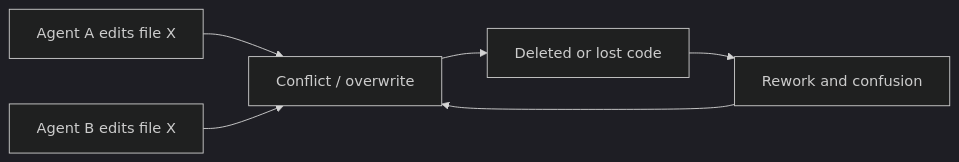
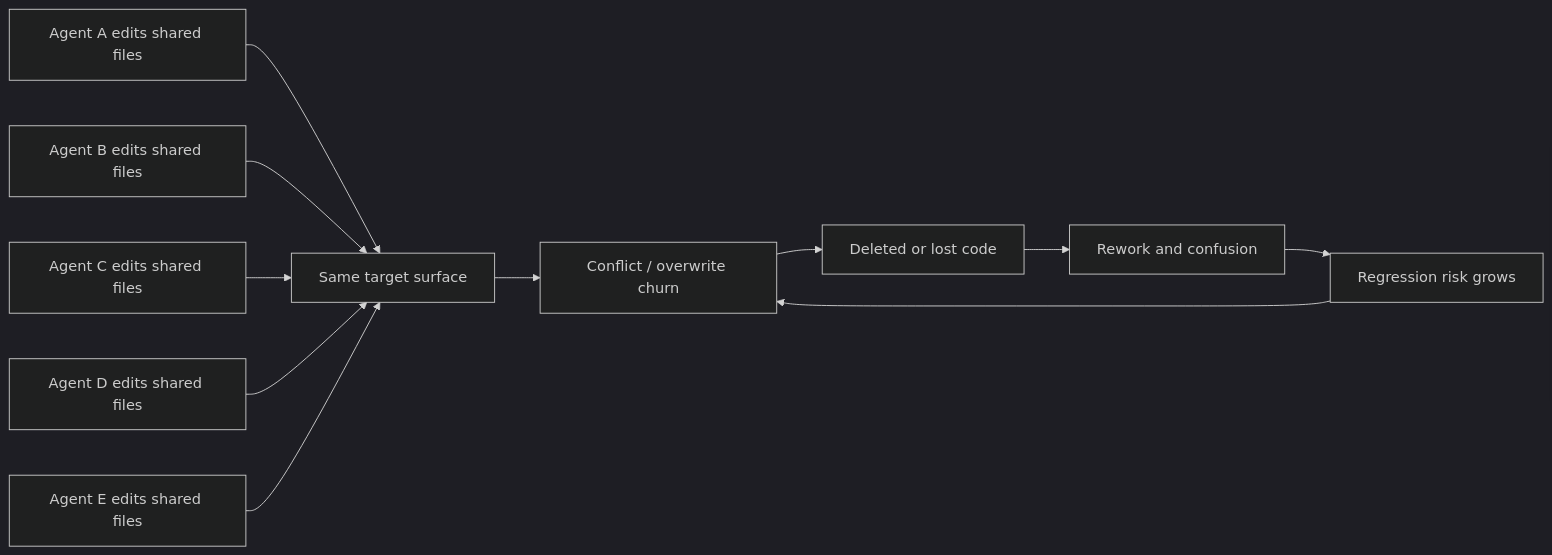
The diagram in README.md (recodeecom/guardex), drawn with Mermaid (dark theme) before and after one commit. The commit also changed 4 other files, not shown here.

````diff
--- a/README.md
+++ b/README.md
@@ -22,8 +22,13 @@
 ```mermaid
 flowchart LR
-    A[Agent A edits file X] --> C[Conflict / overwrite]
-    B[Agent B edits file X] --> C
-    C --> D[Deleted or lost code]
-    D --> E[Rework and confusion]
-    E --> C
+    A[Agent A edits shared files] --> S[Same target surface]
+    B[Agent B edits shared files] --> S
+    C[Agent C edits shared files] --> S
+    D[Agent D edits shared files] --> S
+    E[Agent E edits shared files] --> S
+    S --> F[Conflict / overwrite churn]
+    F --> G[Deleted or lost code]
+    G --> H[Rework and confusion]
+    H --> I[Regression risk grows]
+    I --> F
 ```
````
